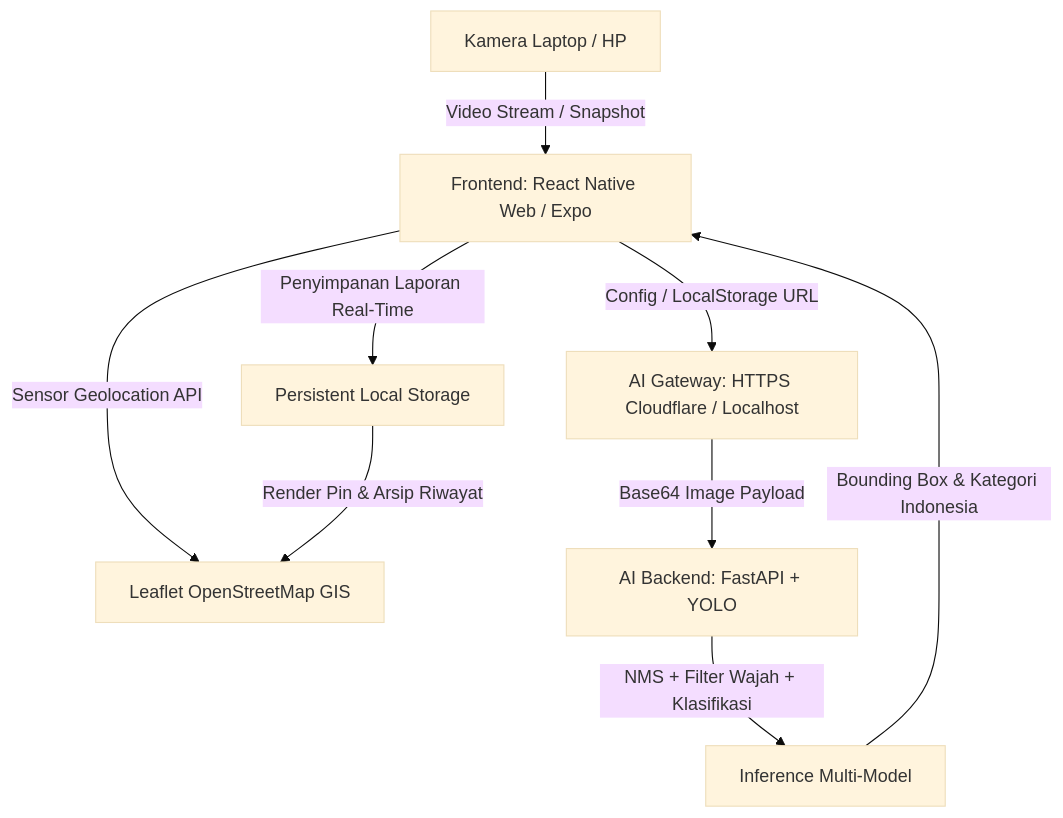
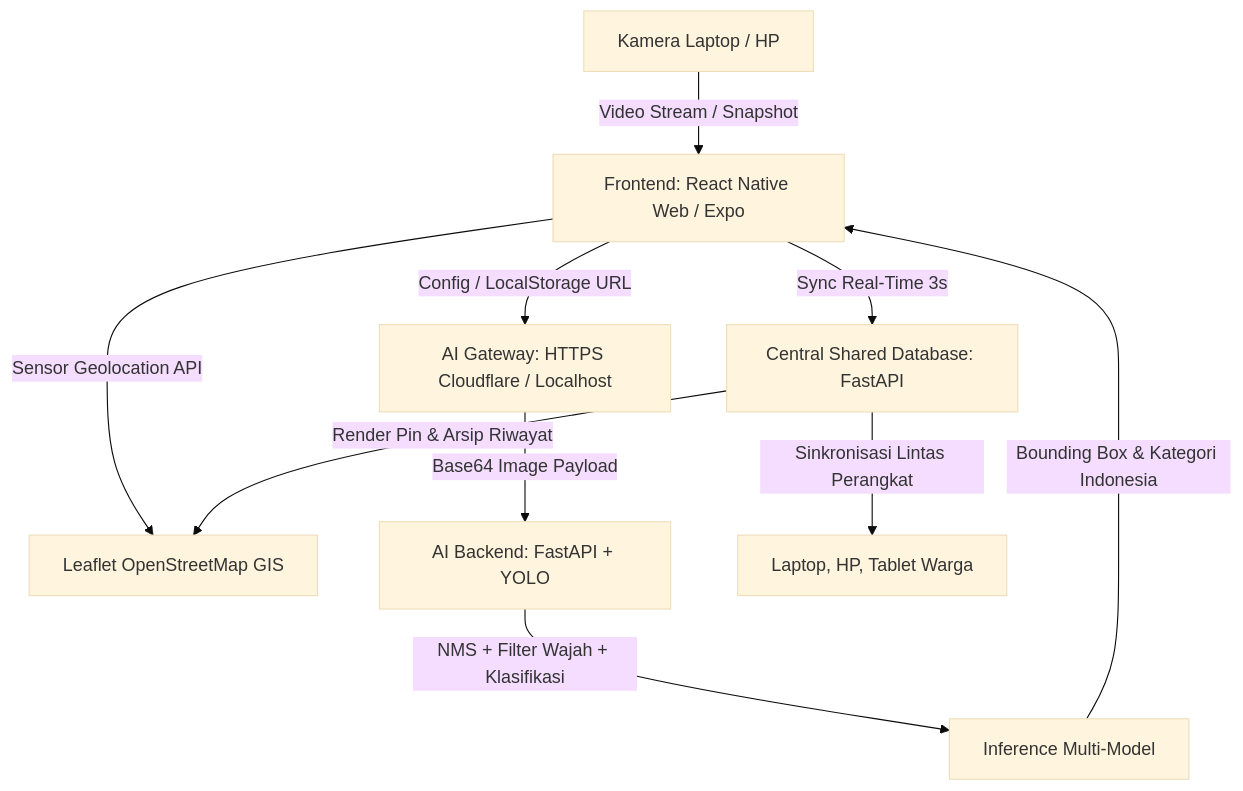
The diagram in README.md (franswaas/spotbersih), drawn with Mermaid (base theme) before and after one commit. The commit also changed other lines of this file and 3 other files, not shown here.

Commit message:
docs: update README, SYSTEM_ARCHITECTURE, DEPLOYMENT_GUIDE, and SKILLS_AND_CAPABILITIES with all latest features

````diff
--- a/README.md
+++ b/README.md
@@ -54,11 +61,12 @@
 ```mermaid
 graph TD
     A[Kamera Laptop / HP] -->|Video Stream / Snapshot| B[Frontend: React Native Web / Expo]
     B -->|Sensor Geolocation API| C[Leaflet OpenStreetMap GIS]
     B -->|Config / LocalStorage URL| D[AI Gateway: HTTPS Cloudflare / Localhost]
     D -->|Base64 Image Payload| E[AI Backend: FastAPI + YOLO]
     E -->|NMS + Filter Wajah + Klasifikasi| F[Inference Multi-Model]
     F -->|Bounding Box & Kategori Indonesia| B
-    B -->|Penyimpanan Laporan Real-Time| G[Persistent Local Storage]
+    B -->|Sync Real-Time 3s| G[Central Shared Database: FastAPI]
+    G -->|Sinkronisasi Lintas Perangkat| H[Laptop, HP, Tablet Warga]
     G -->|Render Pin & Arsip Riwayat| C
 ```
````
